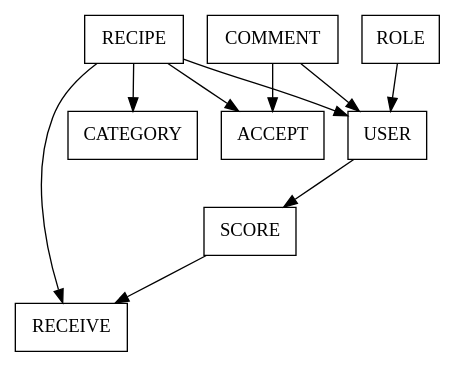
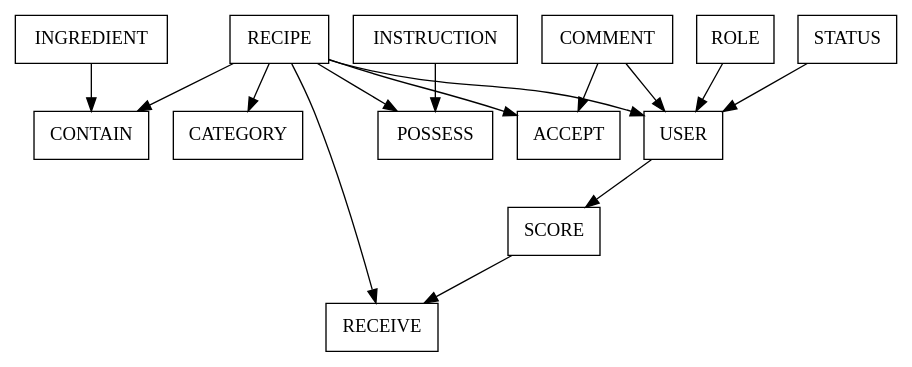
One commit to josephDelnord/cinesaveurs changed the diagram in conception/diagrammes/MCD/MCD_dependencies.gv. Above: the diagram before and after it, drawn with Graphviz. The commit also changed 67 other files, not shown here.

```diff
--- a/conception/diagrammes/MCD/MCD_dependencies.gv
+++ b/conception/diagrammes/MCD/MCD_dependencies.gv
@@ -1,14 +1,19 @@
 // Generated by Mocodo 4.2.11
 
 digraph {
   node [shape=box]
   "COMMENT" -> "ACCEPT"
   "RECIPE" -> "ACCEPT"
   "RECIPE" -> "CATEGORY"
+  "INGREDIENT" -> "CONTAIN"
+  "RECIPE" -> "CONTAIN"
+  "INSTRUCTION" -> "POSSESS"
+  "RECIPE" -> "POSSESS"
   "SCORE" -> "RECEIVE"
   "RECIPE" -> "RECEIVE"
   "USER" -> "SCORE"
+  "ROLE" -> "USER"
+  "STATUS" -> "USER"
   "RECIPE" -> "USER"
-  "ROLE" -> "USER"
   "COMMENT" -> "USER"
 }
```
